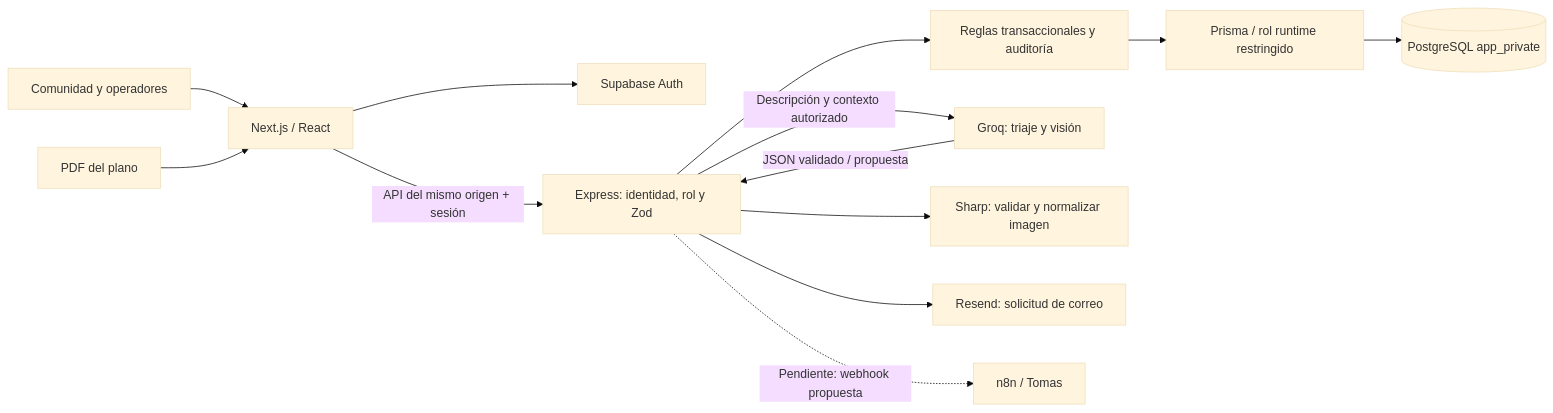
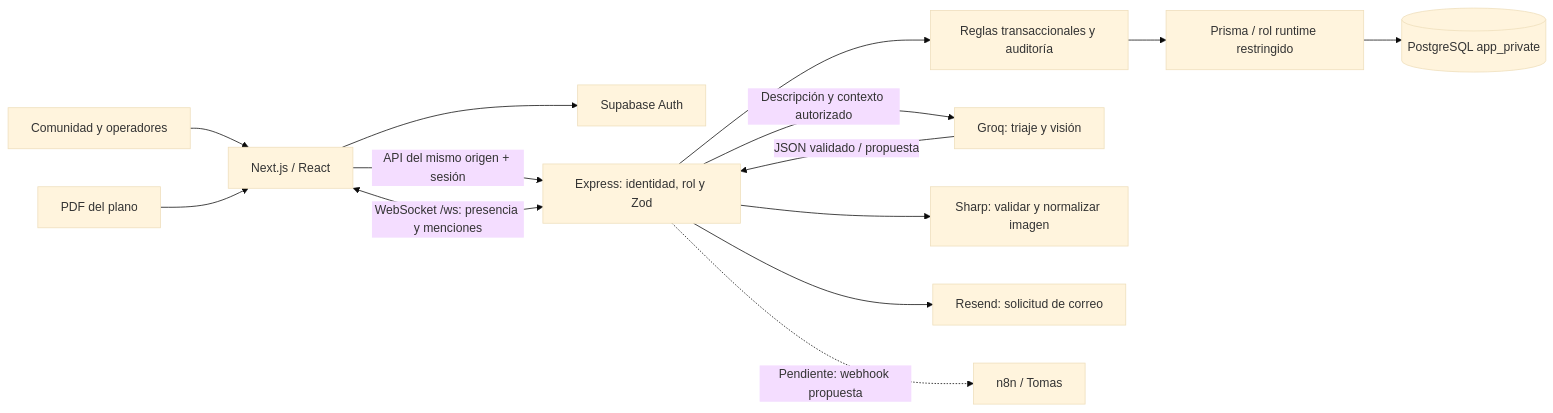
One commit to DEIMER-PY/CampusOPS changed the first of 3 diagrams in README.md. Above: the diagram before and after it, drawn with Mermaid (base theme). The commit also changed other lines of this file and 5 other files, not shown here.

````diff
--- a/README.md
+++ b/README.md
@@ -70,15 +72,16 @@
 ```mermaid
 flowchart LR
   U[Comunidad y operadores] --> WEB[Next.js / React]
   WEB --> AUTH[Supabase Auth]
   WEB -->|API del mismo origen + sesión| API[Express: identidad, rol y Zod]
+  WEB <-->|WebSocket /ws: presencia y menciones| API
   API --> RULES[Reglas transaccionales y auditoría]
   RULES --> ORM[Prisma / rol runtime restringido]
   ORM --> DB[(PostgreSQL app_private)]
   API -->|Descripción y contexto autorizado| GROQ[Groq: triaje y visión]
   GROQ -->|JSON validado / propuesta| API
   API --> SHARP[Sharp: validar y normalizar imagen]
   API --> MAIL[Resend: solicitud de correo]
   API -.->|Pendiente: webhook propuesta| N8N[n8n / Tomas]
   PDF[PDF del plano] --> WEB
 ```
````
